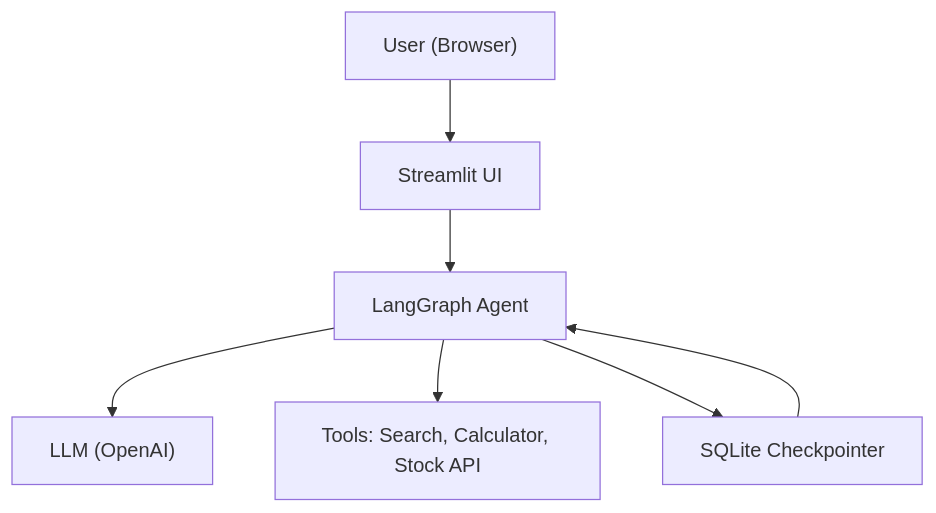
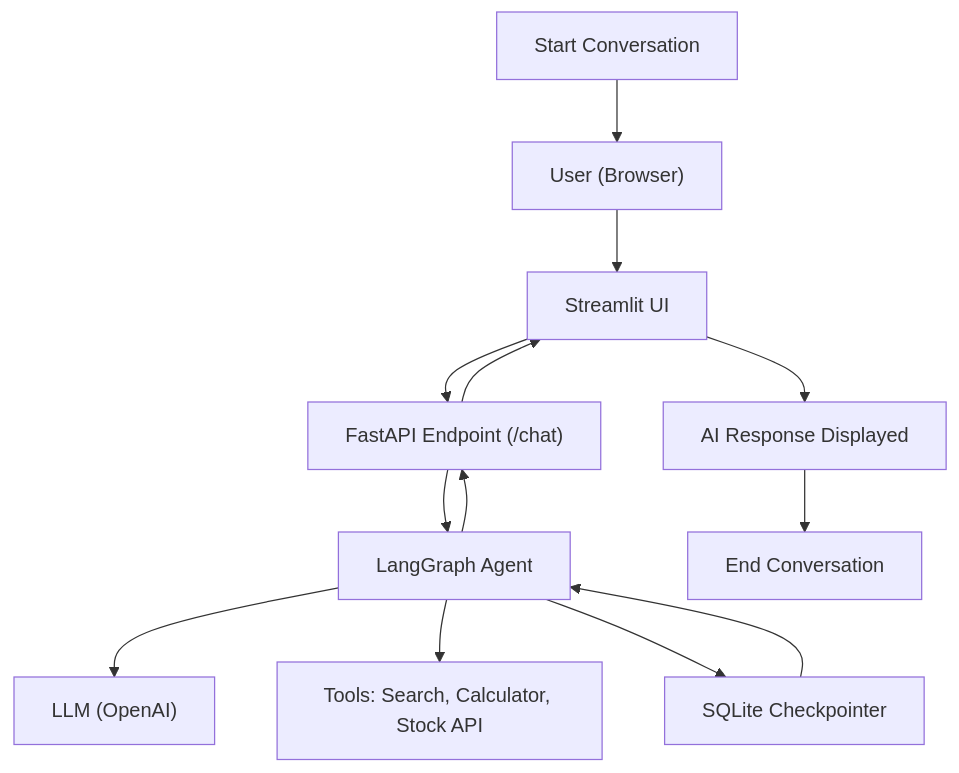
Before and after one commit to priyanshsingh11/agentic-ai-chatbot: the diagram in Better Version/README.md, drawn with Mermaid. The commit also changed other lines of this file, not shown here.

````diff
--- a/Better Version/README.md
+++ b/Better Version/README.md
@@ -22,20 +22,35 @@
 ```mermaid
 flowchart TD
+    START["Start Conversation"]
+
     U["User (Browser)"]
     UI["Streamlit UI"]
+
+    API["FastAPI Endpoint (/chat)"]
+
     AG["LangGraph Agent"]
-
     LLM["LLM (OpenAI)"]
     TOOLS["Tools: Search, Calculator, Stock API"]
 
     DB["SQLite Checkpointer"]
 
+    RESP["AI Response Displayed"]
+    END["End Conversation"]
+
+    START --> U
     U --> UI
-    UI --> AG
+    UI --> API
+    API --> AG
 
     AG --> LLM
     AG --> TOOLS
 
     AG --> DB
     DB --> AG
+
+    AG --> API
+    API --> UI
+    UI --> RESP
+
+    RESP --> END
 ```
````
